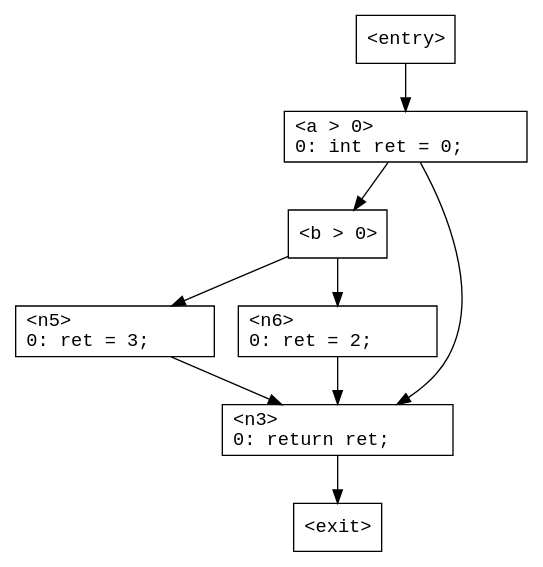
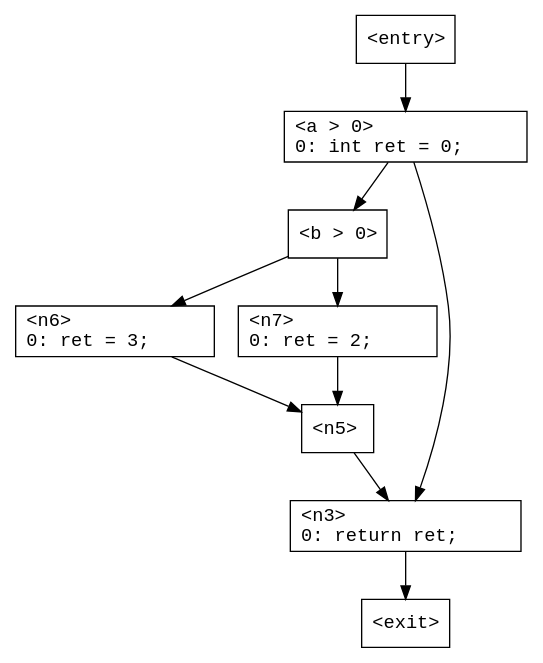
One commit to ashalkhakov/Tarp changed the diagram in TarpTests/Cfg/Data/TestIfNest2.gv. Above: the diagram before and after it, drawn with Graphviz. The commit also changed 13 other files, not shown here.

First line of the commit message:
Implement break/continue. Allow temporary 'join' nodes in the graph.

```diff
--- a/TarpTests/Cfg/Data/TestIfNest2.gv
+++ b/TarpTests/Cfg/Data/TestIfNest2.gv
@@ -1,32 +1,36 @@
 digraph G
 {
     n0 [ shape = "box"
              fontname = "Monospace"
              label = "<entry>\l" ];
       n0 -> n2;
     n1 [ shape = "box"
              fontname = "Monospace"
              label = "<exit>\l" ];
     n2 [ shape = "box"
              fontname = "Monospace"
              label = "<a > 0>\l0:	int ret = 0;\l" ];
       n2 -> n4;
       n2 -> n3;
     n3 [ shape = "box"
              fontname = "Monospace"
              label = "<n3>\l0:	return ret;\l" ];
       n3 -> n1;
     n4 [ shape = "box"
              fontname = "Monospace"
              label = "<b > 0>\l" ];
-      n4 -> n5;
       n4 -> n6;
+      n4 -> n7;
     n5 [ shape = "box"
              fontname = "Monospace"
-             label = "<n5>\l0:	ret = 3;\l" ];
+             label = "<n5>\l" ];
       n5 -> n3;
     n6 [ shape = "box"
              fontname = "Monospace"
-             label = "<n6>\l0:	ret = 2;\l" ];
-      n6 -> n3;
+             label = "<n6>\l0:	ret = 3;\l" ];
+      n6 -> n5;
+    n7 [ shape = "box"
+             fontname = "Monospace"
+             label = "<n7>\l0:	ret = 2;\l" ];
+      n7 -> n5;
 }
```
